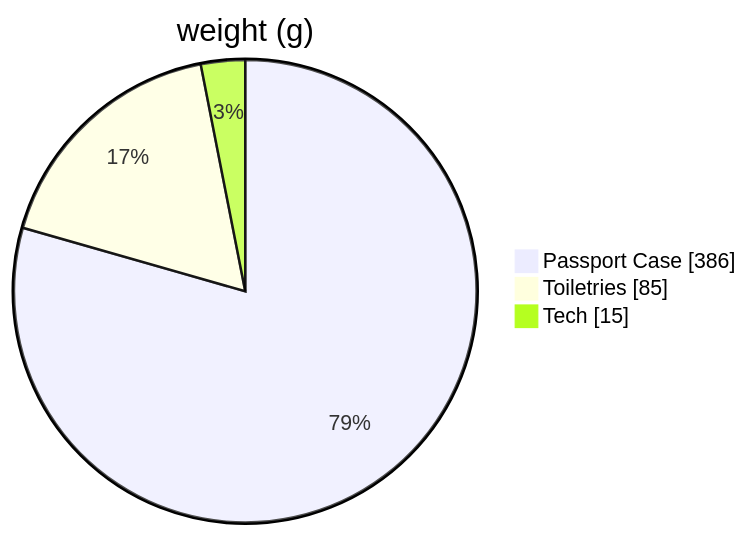
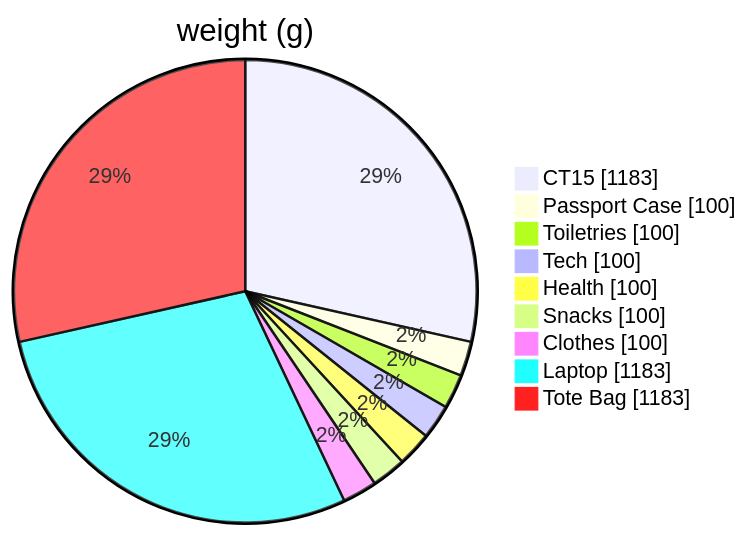
The diagram in readme.md (victorgan/ganequipment), drawn with Mermaid before and after one commit.

````diff
--- a/readme.md
+++ b/readme.md
@@ -36,6 +36,12 @@
-<div class="mermaid" markdown="0">
+```mermaid
 pie showData title weight (g)
-    "Passport Case" : 386
-    "Toiletries" : 85
-    "Tech" : 15
-</div>
+    "CT15" : 1183
+    "Passport Case" : 100
+    "Toiletries" : 100
+    "Tech" : 100
+    "Health" : 100
+    "Snacks" : 100
+    "Clothes" : 100
+    "Laptop" : 1183
+    "Tote Bag" : 1183
+```
````
